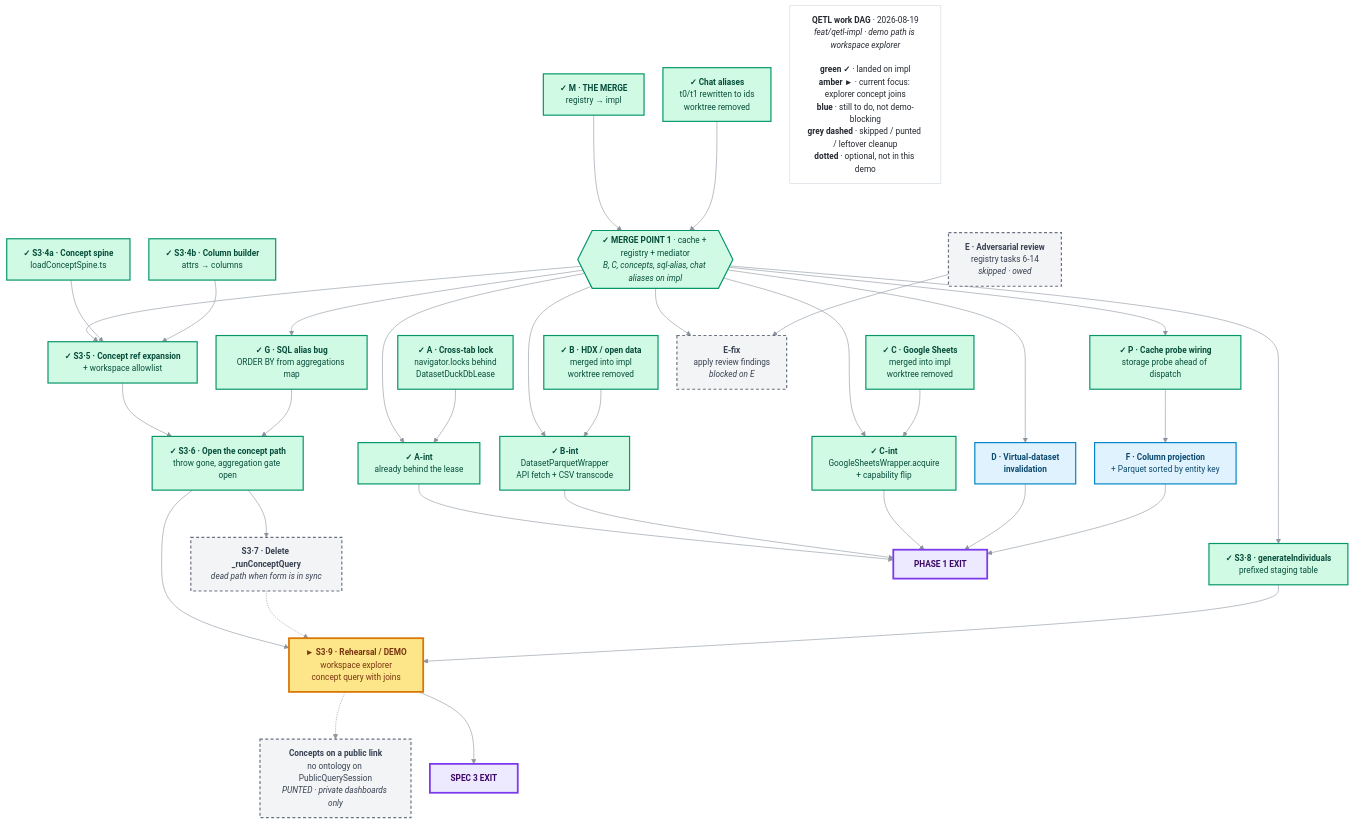
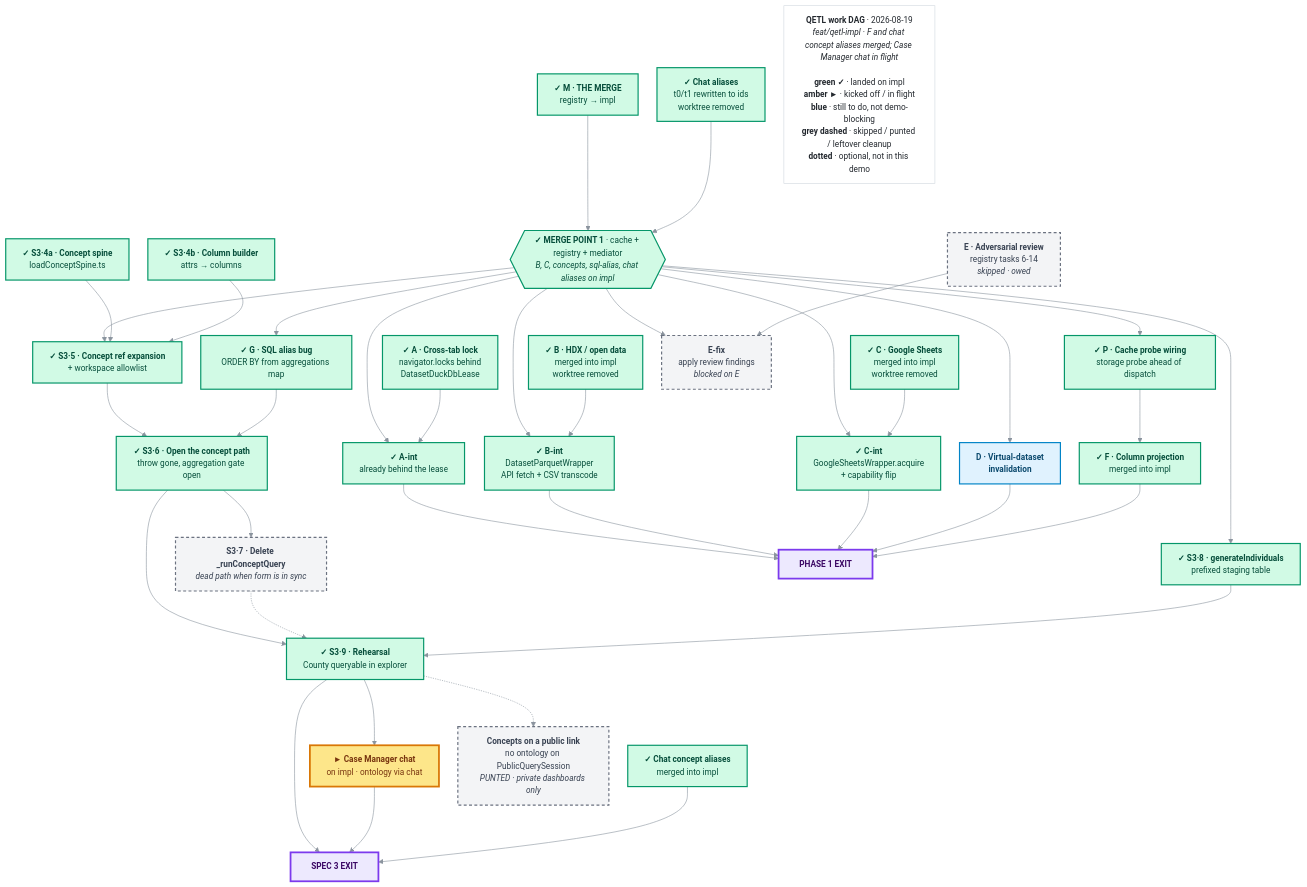
The diagram in qetl-dag.mmd (AvandarLabs/avandar), drawn with Mermaid before and after one commit. The commit also changed 140 other files, not shown here.

```diff
--- a/qetl-dag.mmd
+++ b/qetl-dag.mmd
@@ -1,86 +1,91 @@
 ---
 config:
   theme: base
   themeVariables:
     fontFamily: "ui-sans-serif, -apple-system, Segoe UI, sans-serif"
     fontSize: 14px
     lineColor: "#8b949e"
     primaryTextColor: "#1c2128"
   flowchart:
     curve: basis
     nodeSpacing: 32
     rankSpacing: 80
     padding: 14
 ---
 flowchart TD
 
   M["<b>✓ M · THE MERGE</b><br/>registry → impl"]
   A["<b>✓ A · Cross-tab lock</b><br/>navigator.locks behind<br/>DatasetDuckDbLease"]
   B["<b>✓ B · HDX / open data</b><br/>merged into impl<br/>worktree removed"]
   C["<b>✓ C · Google Sheets</b><br/>merged into impl<br/>worktree removed"]
   CHAT["<b>✓ Chat aliases</b><br/>t0/t1 rewritten to ids<br/>worktree removed"]
   E["<b>E · Adversarial review</b><br/>registry tasks 6-14<br/><i>skipped · owed</i>"]
   S4a["<b>✓ S3·4a · Concept spine</b><br/>loadConceptSpine.ts"]
   S4b["<b>✓ S3·4b · Column builder</b><br/>attrs → columns"]
 
   MB{{"<b>✓ MERGE POINT 1</b> · cache + registry + mediator<br/><i>B, C, concepts, sql-alias, chat aliases on impl</i>"}}
 
   P["<b>✓ P · Cache probe wiring</b><br/>storage probe ahead of dispatch"]
   D["<b>D · Virtual-dataset<br/>invalidation</b>"]
   G["<b>✓ G · SQL alias bug</b><br/>ORDER BY from aggregations map"]
   S5["<b>✓ S3·5 · Concept ref expansion</b><br/>+ workspace allowlist"]
   S8["<b>✓ S3·8 · generateIndividuals</b><br/>prefixed staging table"]
   EF["<b>E-fix</b><br/>apply review findings<br/><i>blocked on E</i>"]
   IA["<b>✓ A-int</b><br/>already behind the lease"]
   IB["<b>✓ B-int</b><br/>DatasetParquetWrapper<br/>API fetch + CSV transcode"]
   IC["<b>✓ C-int</b><br/>GoogleSheetsWrapper.acquire<br/>+ capability flip"]
 
-  F["<b>F · Column projection</b><br/>+ Parquet sorted by entity key"]
+  F["<b>✓ F · Column projection</b><br/>merged into impl"]
+  CALIAS["<b>✓ Chat concept aliases</b><br/>merged into impl"]
   S6["<b>✓ S3·6 · Open the concept path</b><br/>throw gone, aggregation gate open"]
 
   S7["<b>S3·7 · Delete _runConceptQuery</b><br/><i>dead path when form is in sync</i>"]
 
-  S9["<b>► S3·9 · Rehearsal / DEMO</b><br/>workspace explorer<br/>concept query with joins"]
+  S9["<b>✓ S3·9 · Rehearsal</b><br/>County queryable in explorer"]
+  CM["<b>► Case Manager chat</b><br/>on impl · ontology via chat"]
 
   PUB["<b>Concepts on a public link</b><br/>no ontology on PublicQuerySession<br/><i>PUNTED · private dashboards only</i>"]
 
   X1["&nbsp;&nbsp;<b>PHASE 1 EXIT</b>&nbsp;&nbsp;"]
   X2["&nbsp;&nbsp;<b>SPEC 3 EXIT</b>&nbsp;&nbsp;"]
 
   M --> MB
   CHAT --> MB
   MB --> P & D & G & S5 & S8 & EF & IA & IB & IC
   A --> IA
   B --> IB
   C --> IC
   E --> EF
   S4a --> S5
   S4b --> S5
 
   P --> F
   S5 --> S6
   G --> S6
   S6 --> S7
   S6 --> S9
   S7 -.-> S9
   S8 --> S9
   S9 -.-> PUB
+  S9 --> CM
 
   IA & IB & IC & D & F --> X1
   S9 --> X2
+  CM --> X2
+  CALIAS --> X2
 
-  LEGEND["<b>QETL work DAG</b> · 2026-08-19<br/><i>feat/qetl-impl · demo path is workspace explorer</i><br/><br/><b>green ✓</b> · landed on impl<br/><b>amber ►</b> · current focus: explorer concept joins<br/><b>blue</b> · still to do, not demo-blocking<br/><b>grey dashed</b> · skipped / punted / leftover cleanup<br/><b>dotted</b> · optional, not in this demo"]
+  LEGEND["<b>QETL work DAG</b> · 2026-08-19<br/><i>feat/qetl-impl · F and chat concept aliases merged; Case Manager chat in flight</i><br/><br/><b>green ✓</b> · landed on impl<br/><b>amber ►</b> · kicked off / in flight<br/><b>blue</b> · still to do, not demo-blocking<br/><b>grey dashed</b> · skipped / punted / leftover cleanup<br/><b>dotted</b> · optional, not in this demo"]
 
   classDef done fill:#d1fae5,stroke:#059669,stroke-width:2px,color:#064e3b
   classDef now fill:#fde68a,stroke:#d97706,stroke-width:3px,color:#78350f
   classDef seq fill:#e0f2fe,stroke:#0284c7,stroke-width:2px,color:#0c4a6e
   classDef owed fill:#f3f4f6,stroke:#6b7280,stroke-width:2px,stroke-dasharray: 5 4,color:#374151
   classDef exit fill:#ede9fe,stroke:#7c3aed,stroke-width:3px,color:#3b0764
   classDef lg fill:#ffffff,stroke:#d0d7de,stroke-width:1px,color:#24292f
 
-  class M,A,B,C,CHAT,S4a,S4b,MB,P,G,S5,S8,IA,IB,IC,S6 done
-  class S9 now
-  class D,F seq
+  class M,A,B,C,CHAT,S4a,S4b,MB,P,G,S5,S8,IA,IB,IC,S6,S9,F,CALIAS done
+  class CM now
+  class D seq
   class E,EF,S7,PUB owed
   class X1,X2 exit
   class LEGEND lg
```
